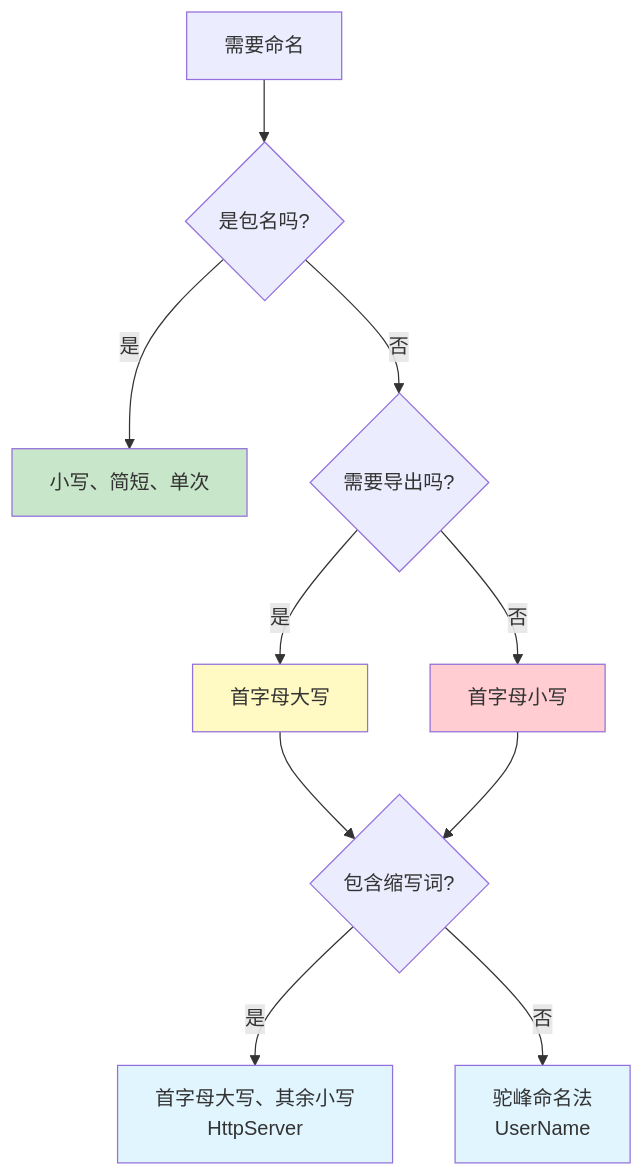
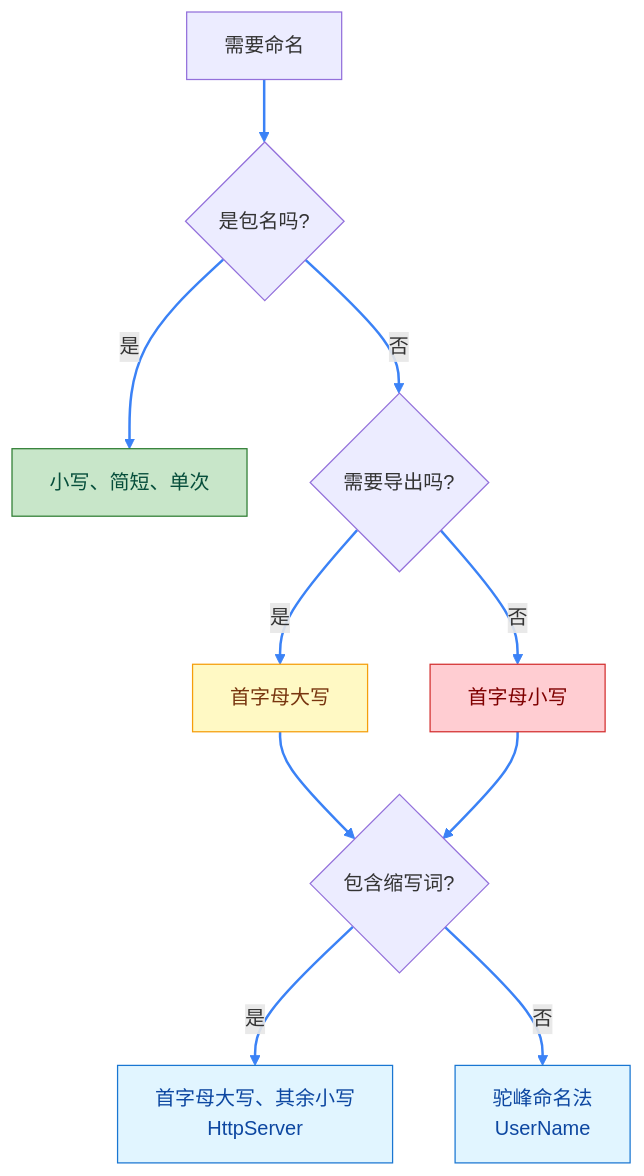
The diagram in docs/zh/golang/fundamentals/naming-conventions.mdx (lazygophers/knowledge), drawn with Mermaid before and after one commit. The commit also changed 9 other files, not shown here.

First line of the commit message:
style(golang): Mermaid 图表添加主题适配和连接线样式

````diff
--- a/docs/zh/golang/fundamentals/naming-conventions.mdx
+++ b/docs/zh/golang/fundamentals/naming-conventions.mdx
@@ -233,21 +233,28 @@
 ```mermaid
 flowchart TD
     A[需要命名] --> B{是包名吗?}
     B -->|是| C[小写、简短、单次]
     B -->|否| D{需要导出吗?}
 
     D -->|是| E[首字母大写]
     D -->|否| F[首字母小写]
 
     E --> G{包含缩写词?}
     F --> G
 
     G -->|是| H[首字母大写、其余小写<br/>HttpServer]
     G -->|否| I[驼峰命名法<br/>UserName]
 
-    style C fill:#c8e6c9
-    style E fill:#fff9c4
-    style F fill:#ffcdd2
-    style H fill:#e1f5ff
-    style I fill:#e1f5ff
+    linkStyle default stroke:#3b82f6,stroke-width:2px
+    classDef pkgName fill:#c8e6c9,stroke:#2e7d32,color:#064e3b
+    classDef exported fill:#fff9c4,stroke:#f59e0b,color:#78350f
+    classDef private fill:#ffcdd2,stroke:#d32f2f,color:#7f0000
+    classDef abbrev fill:#e1f5ff,stroke:#1976d2,color:#0d47a1
+    classDef camel fill:#e1f5ff,stroke:#1976d2,color:#0d47a1
+
+    class C pkgName
+    class E exported
+    class F private
+    class H abbrev
+    class I camel
 ```
````
